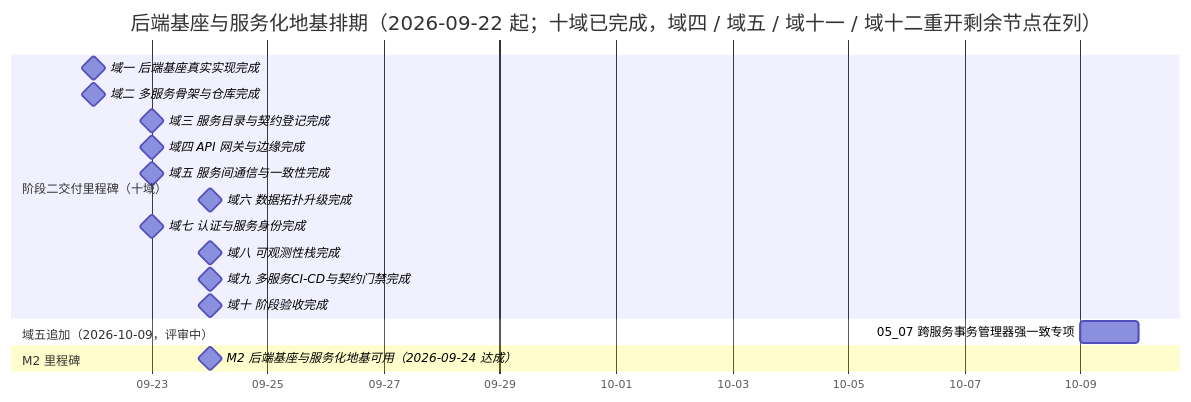
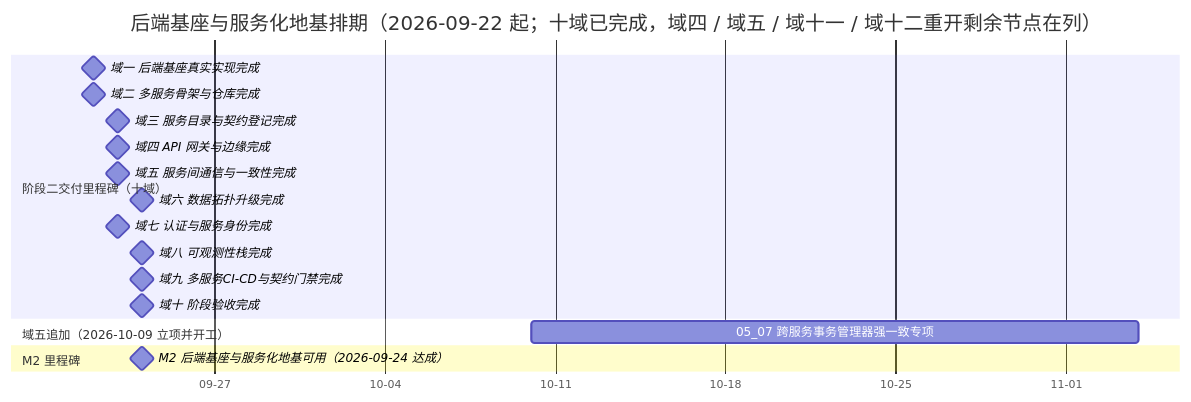
The diagram in bms文档/项目/02_后端基座与服务化地基/计划/01_计划_后端基座与服务化地基.md (minjian123/basic-management-system), drawn with Mermaid before and after one commit. The commit also changed other lines of this file and 3 other files, not shown here.

````diff
--- a/bms文档/项目/02_后端基座与服务化地基/计划/01_计划_后端基座与服务化地基.md
+++ b/bms文档/项目/02_后端基座与服务化地基/计划/01_计划_后端基座与服务化地基.md
@@ -74,21 +74,21 @@
 ```mermaid
 gantt
     title 后端基座与服务化地基排期（2026-09-22 起；十域已完成，域四 / 域五 / 域十一 / 域十二重开剩余节点在列）
     dateFormat  YYYY-MM-DD
     axisFormat %m-%d
     section 阶段二交付里程碑（十域）
     域一 后端基座真实实现完成 :milestone, m01, 2026-09-22, 0d
     域二 多服务骨架与仓库完成 :milestone, m02, 2026-09-22, 0d
     域三 服务目录与契约登记完成 :milestone, m03, 2026-09-23, 0d
     域四 API 网关与边缘完成 :milestone, m04, 2026-09-23, 0d
     域五 服务间通信与一致性完成 :milestone, m05, 2026-09-23, 0d
     域六 数据拓扑升级完成 :milestone, m06, 2026-09-24, 0d
     域七 认证与服务身份完成 :milestone, m07, 2026-09-23, 0d
     域八 可观测性栈完成 :milestone, m08, 2026-09-24, 0d
     域九 多服务CI-CD与契约门禁完成 :milestone, m09, 2026-09-24, 0d
     域十 阶段验收完成 :milestone, m10, 2026-09-24, 0d
-    section 域五追加（2026-10-09，评审中）
-    05_07 跨服务事务管理器强一致专项 :t0507, 2026-10-09, 1d
+    section 域五追加（2026-10-09 立项并开工）
+    05_07 跨服务事务管理器强一致专项 :t0507, 2026-10-10, 25d
     section M2 里程碑
     M2 后端基座与服务化地基可用（2026-09-24 达成） :milestone, mm2, 2026-09-24, 0d
 ```
````
